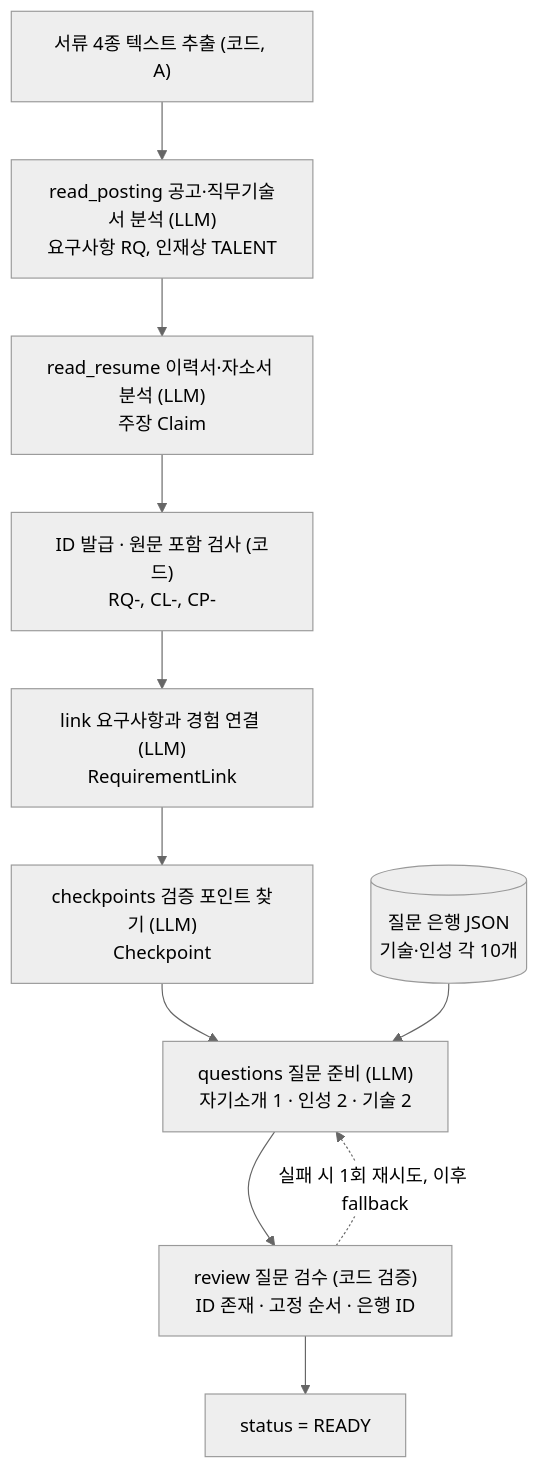
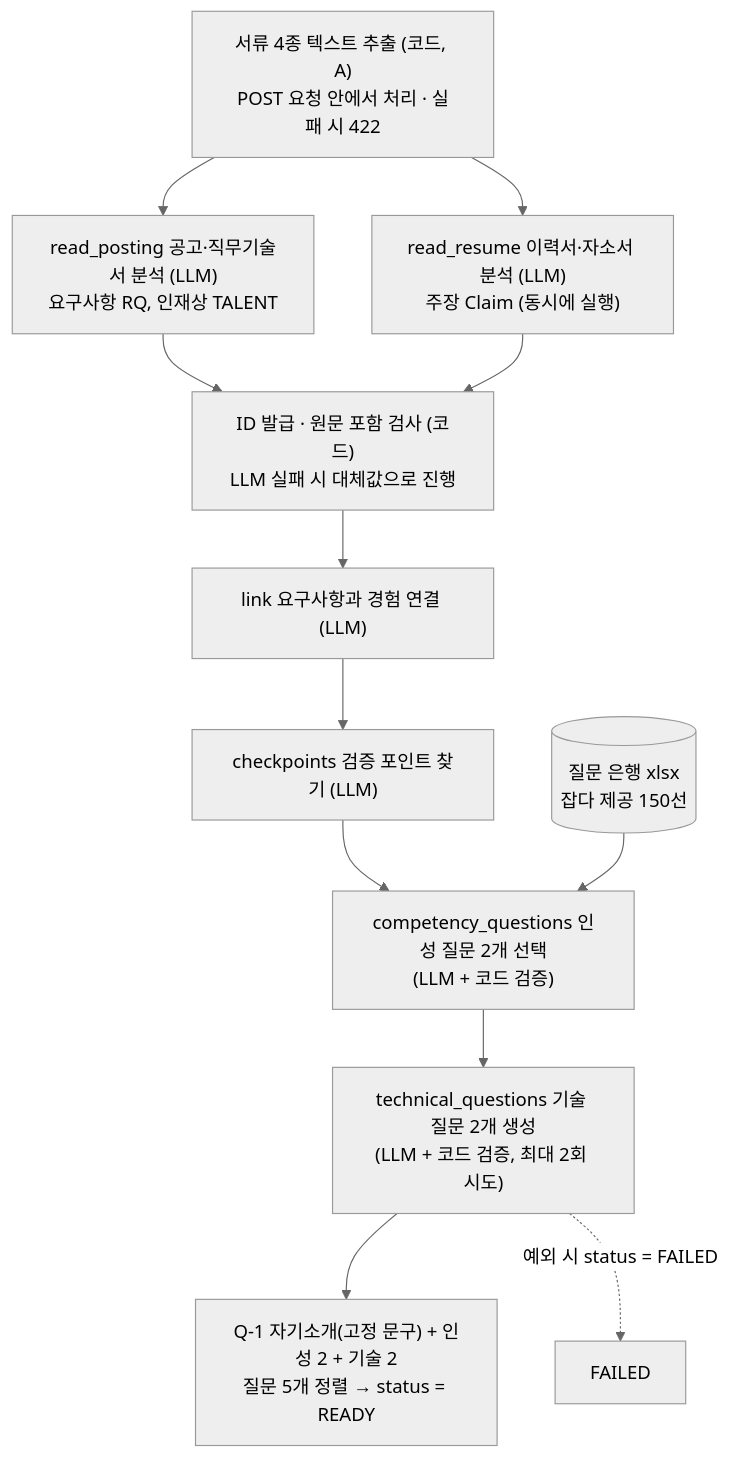
The second of 6 diagrams in docs/05-architecture.md (skkuls-ai/interview_simulation_agent), drawn with Mermaid (neutral theme) before and after one commit. The commit also changed other lines of this file and 4 other files, not shown here.

````diff
--- a/docs/05-architecture.md
+++ b/docs/05-architecture.md
@@ -67,14 +67,15 @@
 ```mermaid
 flowchart TD
-    IN["서류 4종 텍스트 추출 (코드, A)"] --> P1
-    P1["read_posting 공고·직무기술서 분석 (LLM)<br/>요구사항 RQ, 인재상 TALENT"] --> P2
-    P2["read_resume 이력서·자소서 분석 (LLM)<br/>주장 Claim"] --> ID
-    ID["ID 발급 · 원문 포함 검사 (코드)<br/>RQ-, CL-, CP-"] --> P3
-    P3["link 요구사항과 경험 연결 (LLM)<br/>RequirementLink"] --> P4
-    P4["checkpoints 검증 포인트 찾기 (LLM)<br/>Checkpoint"] --> P5
-    P5["questions 질문 준비 (LLM)<br/>자기소개 1 · 인성 2 · 기술 2"] --> P6
-    P6["review 질문 검수 (코드 검증)<br/>ID 존재 · 고정 순서 · 은행 ID"] --> READY
-    BANK[("질문 은행 JSON<br/>기술·인성 각 10개")] --> P5
-    READY["status = READY"]
-    P6 -.->|"실패 시 1회 재시도, 이후 fallback"| P5
+    IN["서류 4종 텍스트 추출 (코드, A)<br/>POST 요청 안에서 처리 · 실패 시 422"] --> P1
+    IN --> P2
+    P1["read_posting 공고·직무기술서 분석 (LLM)<br/>요구사항 RQ, 인재상 TALENT"] --> ID
+    P2["read_resume 이력서·자소서 분석 (LLM)<br/>주장 Claim (동시에 실행)"] --> ID
+    ID["ID 발급 · 원문 포함 검사 (코드)<br/>LLM 실패 시 대체값으로 진행"] --> P3
+    P3["link 요구사항과 경험 연결 (LLM)"] --> P4
+    P4["checkpoints 검증 포인트 찾기 (LLM)"] --> Q2
+    BANK[("질문 은행 xlsx<br/>잡다 제공 150선")] --> Q2
+    Q2["competency_questions 인성 질문 2개 선택<br/>(LLM + 코드 검증)"] --> Q3
+    Q3["technical_questions 기술 질문 2개 생성<br/>(LLM + 코드 검증, 최대 2회 시도)"] --> READY
+    READY["Q-1 자기소개(고정 문구) + 인성 2 + 기술 2<br/>질문 5개 정렬 → status = READY"]
+    Q3 -.->|"예외 시 status = FAILED"| FAIL["FAILED"]
 ```
````
